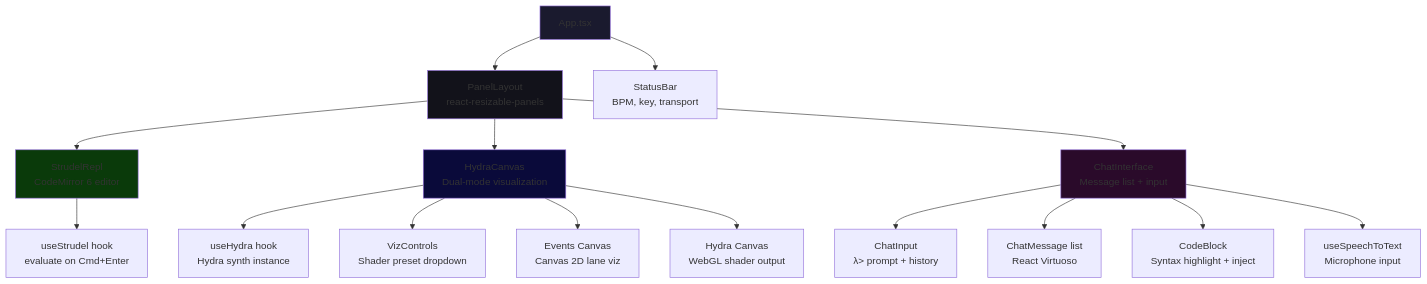
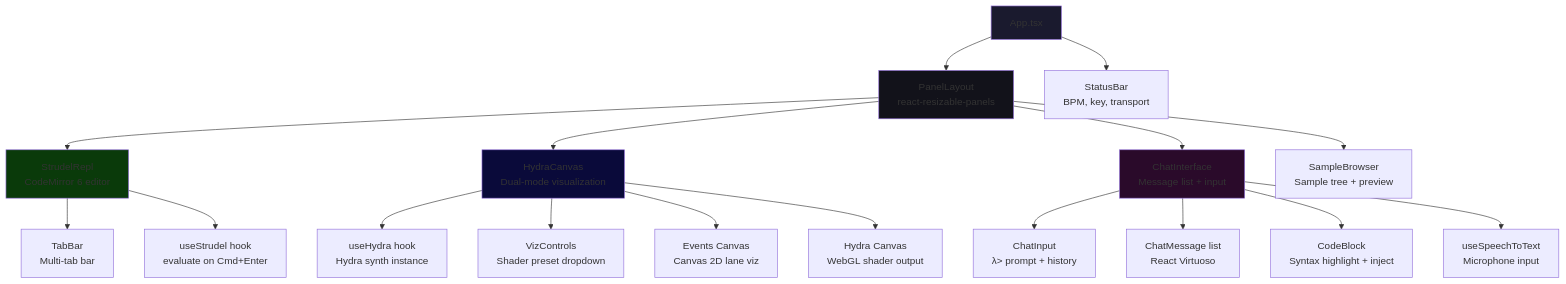
The third of 21 diagrams in docs/how-it-works.md (weathermachine/EuroHack), drawn with Mermaid before and after one commit. The commit also changed other lines of this file and 5 other files, not shown here.

First line of the commit message:
Update all documentation for tabbed REPL, sample browser, and current state

````diff
--- a/docs/how-it-works.md
+++ b/docs/how-it-works.md
@@ -148,28 +148,30 @@
 ```mermaid
 graph TD
     APP["App.tsx"]
     APP --> PL["PanelLayout<br/>react-resizable-panels"]
     APP --> SB["StatusBar<br/>BPM, key, transport"]
 
     PL --> SR["StrudelRepl<br/>CodeMirror 6 editor"]
     PL --> HC["HydraCanvas<br/>Dual-mode visualization"]
     PL --> CI["ChatInterface<br/>Message list + input"]
+    PL --> SBR["SampleBrowser<br/>Sample tree + preview"]
 
+    SR --> TB["TabBar<br/>Multi-tab bar"]
     SR --> US["useStrudel hook<br/>evaluate on Cmd+Enter"]
 
     HC --> UH["useHydra hook<br/>Hydra synth instance"]
     HC --> VC["VizControls<br/>Shader preset dropdown"]
     HC --> EC["Events Canvas<br/>Canvas 2D lane viz"]
     HC --> HYC["Hydra Canvas<br/>WebGL shader output"]
 
     CI --> CIN["ChatInput<br/>λ> prompt + history"]
     CI --> CML["ChatMessage list<br/>React Virtuoso"]
     CI --> CB["CodeBlock<br/>Syntax highlight + inject"]
     CI --> STT["useSpeechToText<br/>Microphone input"]
 
     style APP fill:#1a1a2e
     style PL fill:#12121a
     style SR fill:#0a3a0a
     style HC fill:#0a0a3a
     style CI fill:#2a0a2a
 ```
````
